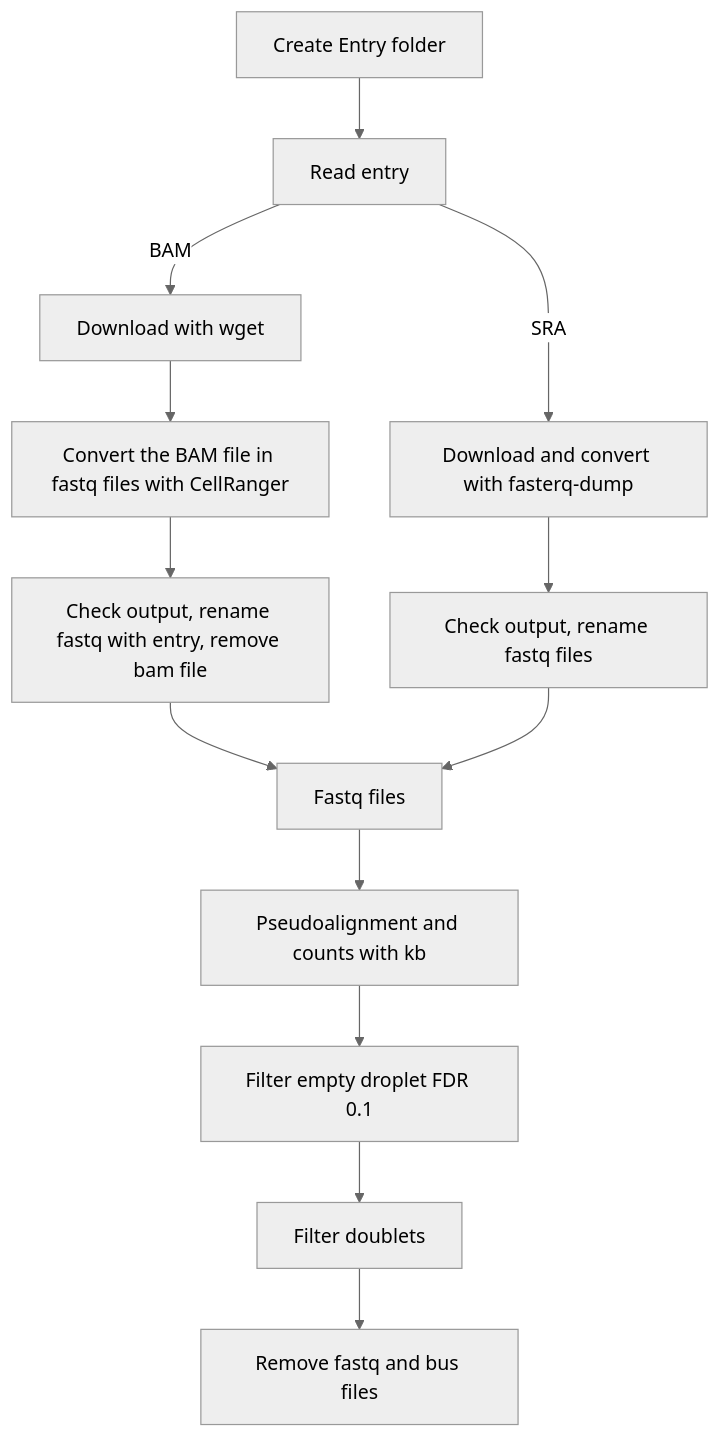
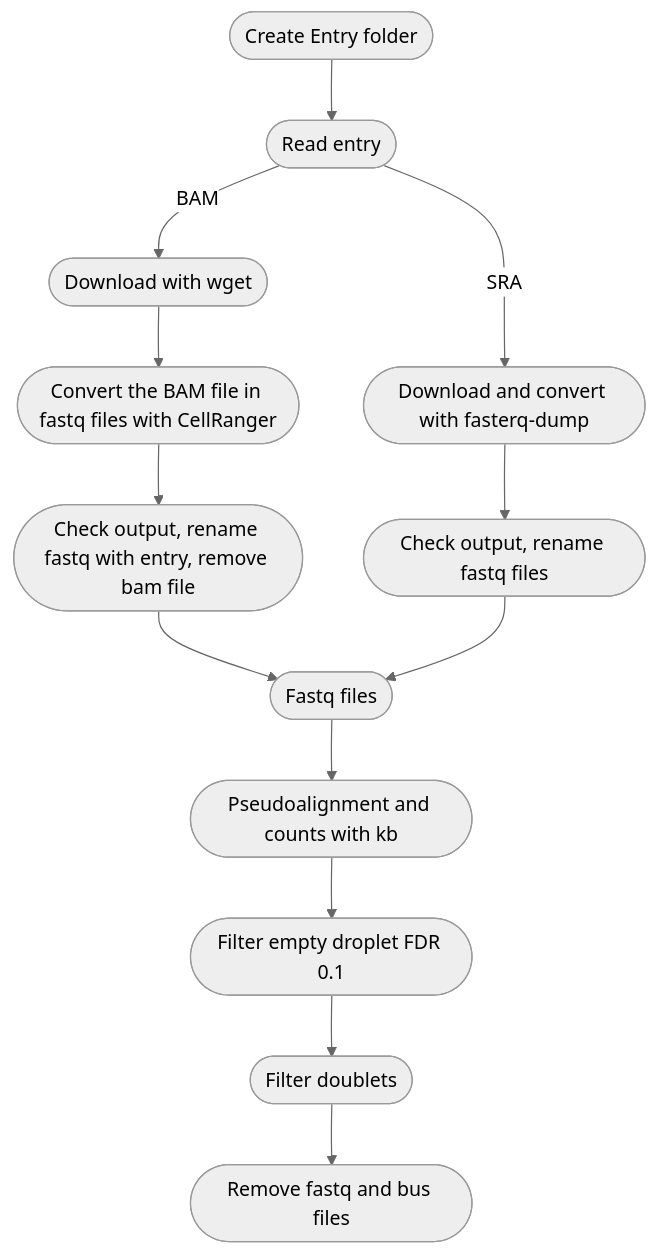
The diagram in Pre-process/README.md (VergaJU/BoneMarrow_scRNA-Seq), drawn with Mermaid (neutral theme) before and after one commit.

````diff
--- a/Pre-process/README.md
+++ b/Pre-process/README.md
@@ -15,16 +15,16 @@
 ```mermaid
     flowchart TD
-      A[Create Entry folder] --> B[Read entry]
-      B -- BAM --> C[Download with wget]
-      C --> D[Convert the BAM file in fastq files with CellRanger]
-      D --> E[Check output, rename fastq with entry, remove bam file]
-      E --> H[Fastq files]
-      B -- SRA --> F[Download and convert with fasterq-dump]
-      F --> G[Check output, rename fastq files]
+      A([Create Entry folder]) --> B([Read entry])
+      B -- BAM --> C([Download with wget])
+      C --> D([Convert the BAM file in fastq files with CellRanger])
+      D --> E([Check output, rename fastq with entry, remove bam file])
+      E --> H([Fastq files])
+      B -- SRA --> F([Download and convert with fasterq-dump])
+      F --> G([Check output, rename fastq files])
       G --> H
-      H --> I[Pseudoalignment and counts with kb]
-      I --> J[Filter empty droplet FDR 0.1]
-      J --> K[Filter doublets]
-      K --> L[Remove fastq and bus files]
+      H --> I([Pseudoalignment and counts with kb])
+      I --> J([Filter empty droplet FDR 0.1])
+      J --> K([Filter doublets])
+      K --> L([Remove fastq and bus files])
 
 ```
````
